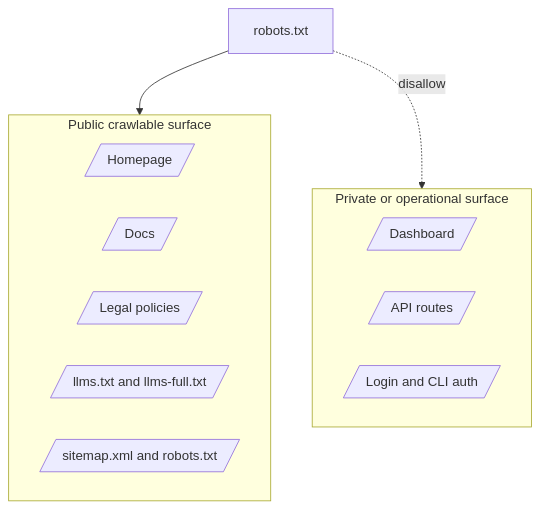
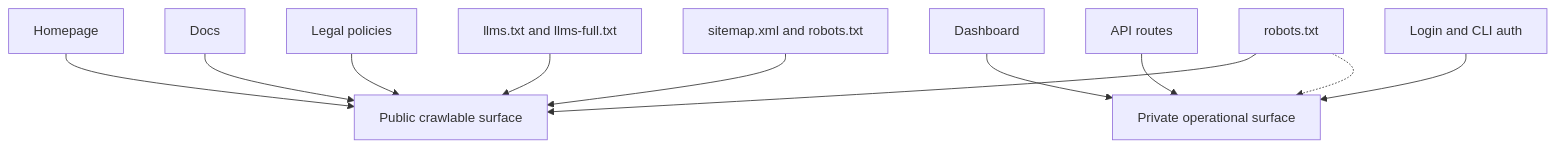
One commit to Afnanksalal/BreachScope changed the third of 3 diagrams in docs/architecture.md. Above: the diagram before and after it, drawn with Mermaid. The commit also changed other lines of this file and 20 other files, not shown here.

````diff
--- a/docs/architecture.md
+++ b/docs/architecture.md
@@ -42,19 +35,13 @@
 ```mermaid
 flowchart TB
-  subgraph Public["Public crawlable surface"]
-    Home[/Homepage/]
-    Docs[/Docs/]
-    Legal[/Legal policies/]
-    LLM[/llms.txt and llms-full.txt/]
-    Sitemap[/sitemap.xml and robots.txt/]
-  end
-
-  subgraph Private["Private or operational surface"]
-    Dashboard[/Dashboard/]
-    API[/API routes/]
-    Login[/Login and CLI auth/]
-  end
-
-  Robots[robots.txt] --> Public
-  Robots -. disallow .-> Private
+  Home["Homepage"] --> Public["Public crawlable surface"]
+  Docs["Docs"] --> Public
+  Legal["Legal policies"] --> Public
+  LLM["llms.txt and llms-full.txt"] --> Public
+  Sitemap["sitemap.xml and robots.txt"] --> Public
+  Dashboard["Dashboard"] --> Private["Private operational surface"]
+  API["API routes"] --> Private
+  Login["Login and CLI auth"] --> Private
+  Robots["robots.txt"] --> Public
+  Robots -.-> Private
 ```
````
